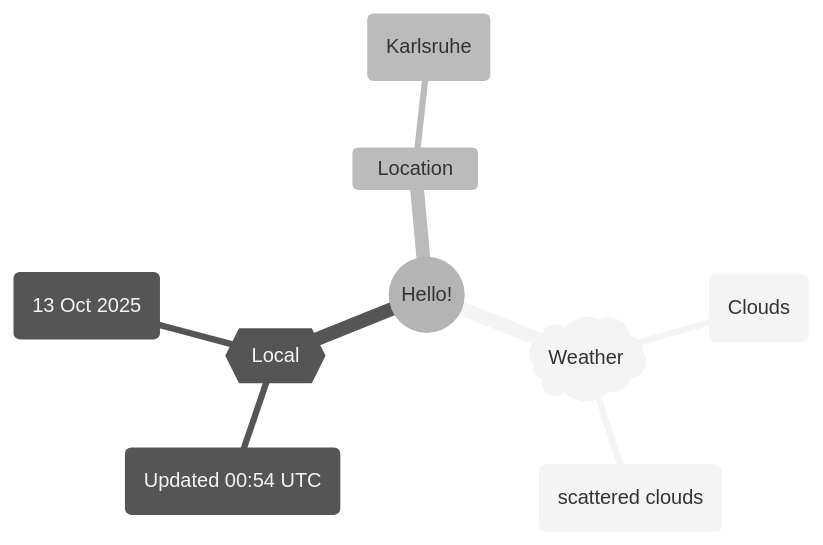
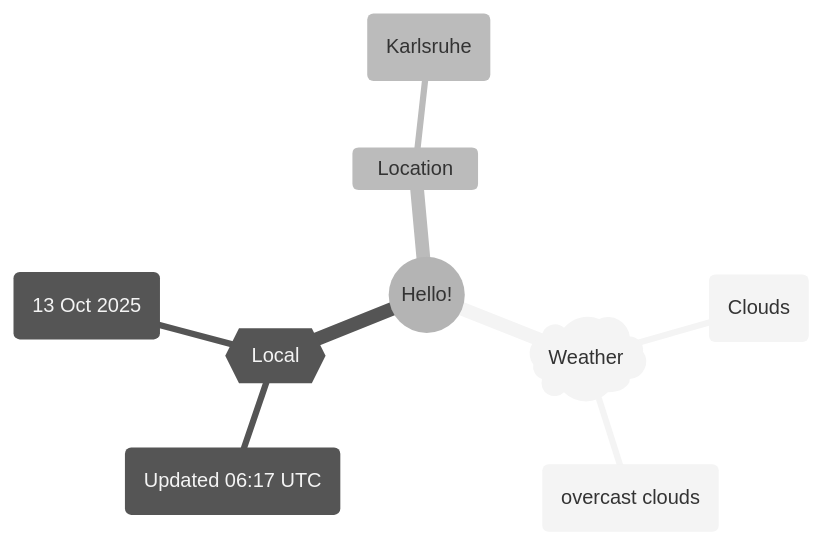
The first of 2 diagrams in README.md (Xosrov/Xosrov), drawn with Mermaid (neutral theme) before and after one commit.

Commit message:
[bot] updated images

````diff
--- a/README.md
+++ b/README.md
@@ -3,12 +3,12 @@
 ```mermaid
 mindmap
   root((Hello!))
     )Weather(
         (Clouds)
-        (scattered clouds)
+        (overcast clouds)
     {{Local}}
-        (Updated 00:54 UTC)
+        (Updated 06:17 UTC)
         (13 Oct 2025)
     Location
         (Karlsruhe)
 ```
````
